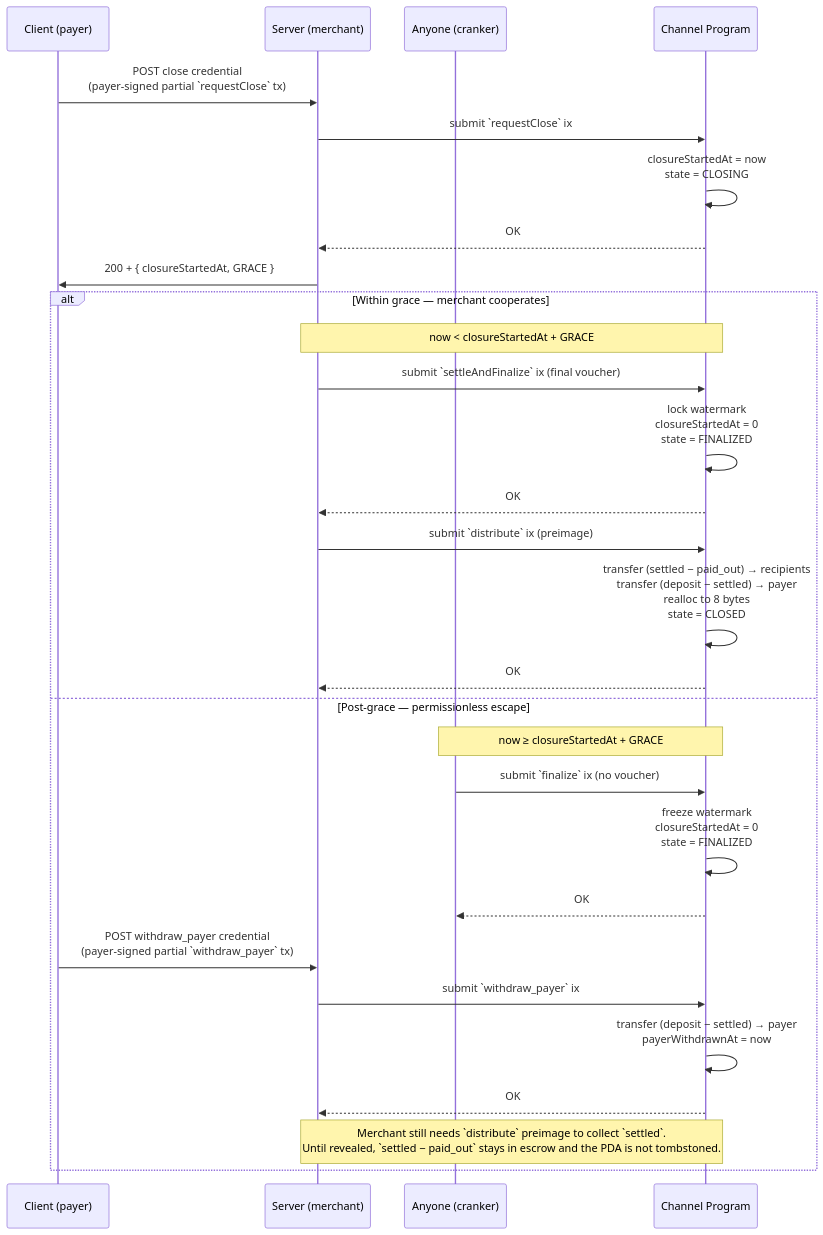
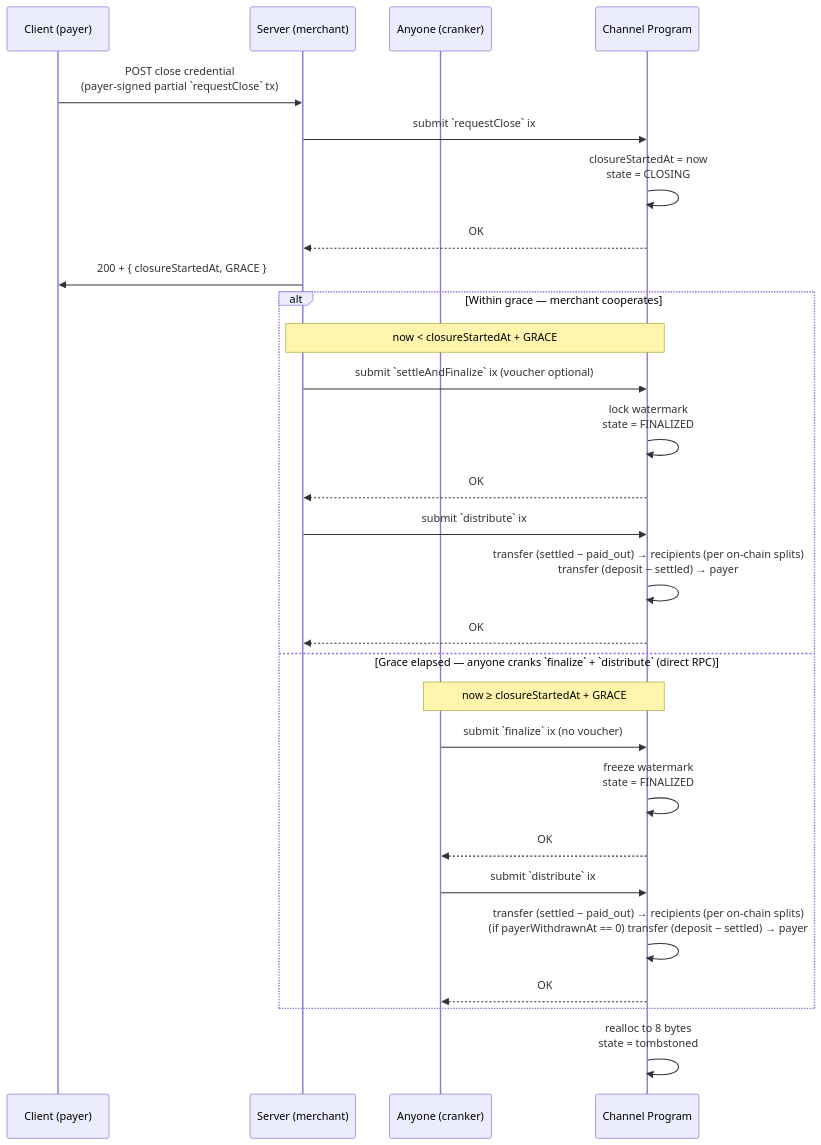
Before and after one commit to solana-foundation/payment-channels: the second of 2 diagrams in docs/002-http-protocol.md, drawn with Mermaid. The commit also changed other lines of this file and 3 other files, not shown here.

````diff
--- a/docs/002-http-protocol.md
+++ b/docs/002-http-protocol.md
@@ -111,36 +145,35 @@
 ```mermaid
 sequenceDiagram
     participant C as Client (payer)
     participant S as Server (merchant)
     participant A as Anyone (cranker)
     participant P as Channel Program
 
     C->>S: POST close credential<br/>(payer-signed partial `requestClose` tx)
     S->>P: submit `requestClose` ix
     P->>P: closureStartedAt = now<br/>state = CLOSING
     P-->>S: OK
     S->>C: 200 + { closureStartedAt, GRACE }
 
     alt Within grace — merchant cooperates
         Note over S,P: now < closureStartedAt + GRACE
-        S->>P: submit `settleAndFinalize` ix (final voucher)
-        P->>P: lock watermark<br/>closureStartedAt = 0<br/>state = FINALIZED
+        S->>P: submit `settleAndFinalize` ix (voucher optional)
+        P->>P: lock watermark<br/>state = FINALIZED
         P-->>S: OK
 
-        S->>P: submit `distribute` ix (preimage)
-        P->>P: transfer (settled − paid_out) → recipients<br/>transfer (deposit − settled) → payer<br/>realloc to 8 bytes<br/>state = CLOSED
+        S->>P: submit `distribute` ix
+        P->>P: transfer (settled − paid_out) → recipients (per on-chain splits)<br/>transfer (deposit − settled) → payer
         P-->>S: OK
-    else Post-grace — permissionless escape
+    else Grace elapsed — anyone cranks `finalize` + `distribute` (direct RPC)
         Note over A,P: now ≥ closureStartedAt + GRACE
         A->>P: submit `finalize` ix (no voucher)
-        P->>P: freeze watermark<br/>closureStartedAt = 0<br/>state = FINALIZED
+        P->>P: freeze watermark<br/>state = FINALIZED
         P-->>A: OK
 
-        C->>S: POST withdraw_payer credential<br/>(payer-signed partial `withdraw_payer` tx)
-        S->>P: submit `withdraw_payer` ix
-        P->>P: transfer (deposit − settled) → payer<br/>payerWithdrawnAt = now
-        P-->>S: OK
+        A->>P: submit `distribute` ix
+        P->>P: transfer (settled − paid_out) → recipients (per on-chain splits)<br/>(if payerWithdrawnAt == 0) transfer (deposit − settled) → payer
+        P-->>A: OK
+    end
 
-        Note over S,P: Merchant still needs `distribute` preimage to collect `settled`.<br/>Until revealed, `settled − paid_out` stays in escrow and the PDA is not tombstoned.
-    end
+    P->>P: realloc to 8 bytes<br/>state = tombstoned
 ```
````
